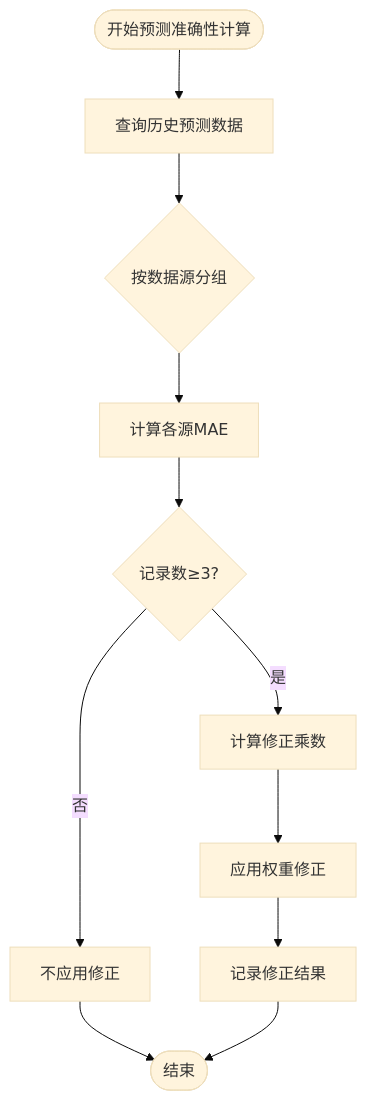
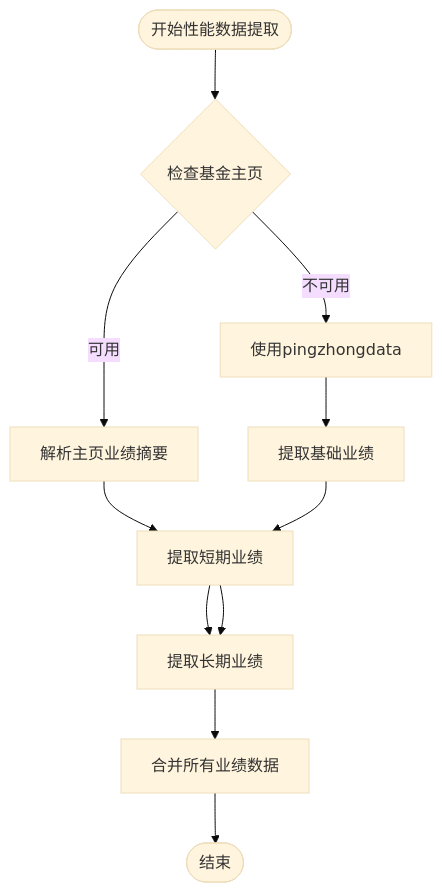
The seventh of 23 diagrams in .qoder/repowiki/zh/content/核心功能开发/多源基金估值系统.md (gree-coder/fund-butler), drawn with Mermaid (base theme) before and after one commit. The commit also changed other lines of this file and 21 other files, not shown here.

````diff
--- a/.qoder/repowiki/zh/content/核心功能开发/多源基金估值系统.md
+++ b/.qoder/repowiki/zh/content/核心功能开发/多源基金估值系统.md
@@ -573,13 +376,13 @@
 ```mermaid
 flowchart TD
-Start([开始预测准确性计算]) --> QueryData[查询历史预测数据]
-QueryData --> GroupBySource{按数据源分组}
-GroupBySource --> CalcMAE[计算各源MAE]
-CalcMAE --> CheckRecords{记录数≥3?}
-CheckRecords --> |否| NoCorrection[不应用修正]
-CheckRecords --> |是| CalcMultiplier[计算修正乘数]
-CalcMultiplier --> ApplyCorrection[应用权重修正]
-ApplyCorrection --> LogResult[记录修正结果]
-NoCorrection --> End([结束])
-LogResult --> End
+Start([开始性能数据提取]) --> CheckMainPage{检查基金主页}
+CheckMainPage --> |可用| ParseMainPage[解析主页业绩摘要]
+CheckMainPage --> |不可用| UsePingzhong[使用pingzhongdata]
+ParseMainPage --> ExtractShortTerm[提取短期业绩]
+ExtractShortTerm --> ExtractLongTerm[提取长期业绩]
+UsePingzhong --> ExtractBasePerf[提取基础业绩]
+ExtractBasePerf --> ExtractShortTerm
+ExtractShortTerm --> ExtractLongTerm
+ExtractLongTerm --> CombineData[合并所有业绩数据]
+CombineData --> End([结束])
 ```
````
